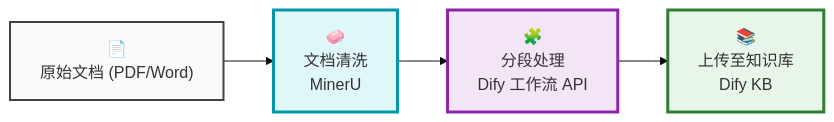
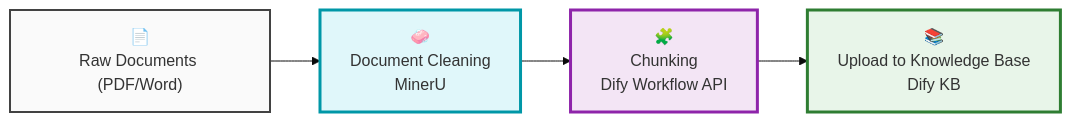
The diagram in README.md (Untitled1988/Dify), drawn with Mermaid (base theme) before and after one commit. The commit also changed other lines of this file, not shown here.

````diff
--- a/README.md
+++ b/README.md
@@ -119,14 +119,14 @@
 ```mermaid
 flowchart LR
 
-A["📄<br/>原始文档 (PDF/Word)"] --> B["🧼<br/>文档清洗<br/>MinerU"]
+A["📄<br/>Raw Documents (PDF/Word)"] --> B["🧼<br/>Document Cleaning<br/>MinerU"]
 
-B --> C["🧩<br/>分段处理<br/>Dify 工作流 API"]
+B --> C["🧩<br/>Chunking<br/>Dify Workflow API"]
 
-C --> D["📚<br/>上传至知识库<br/>Dify KB"]
+C --> D["📚<br/>Upload to Knowledge Base<br/>Dify KB"]
 
 style A fill:#fafafa,stroke:#424242,stroke-width:2px
 style B fill:#e0f7fa,stroke:#0097a7,stroke-width:3px
 style C fill:#f3e5f5,stroke:#8e24aa,stroke-width:3px
 style D fill:#e8f5e9,stroke:#2e7d32,stroke-width:3px
 ```
````
